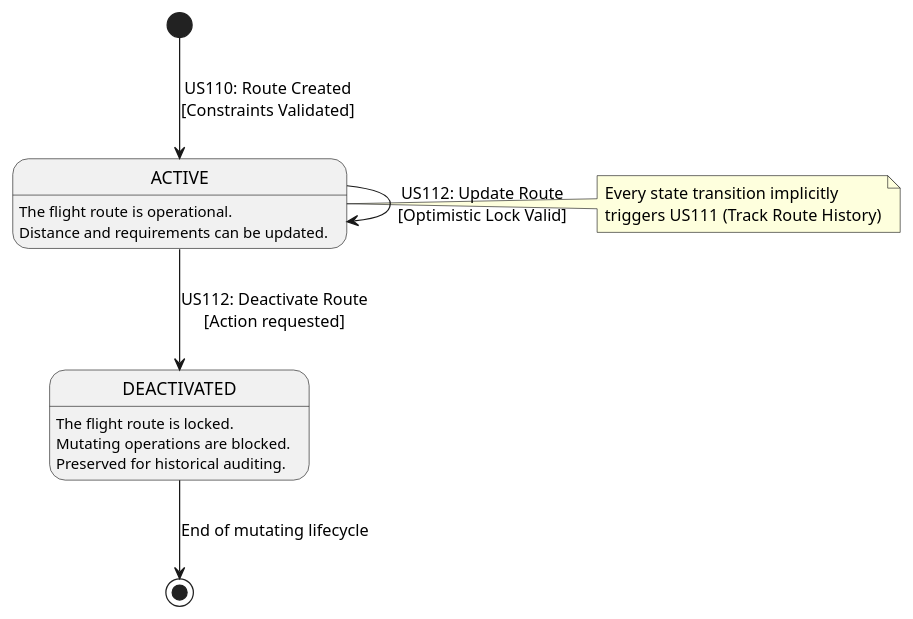
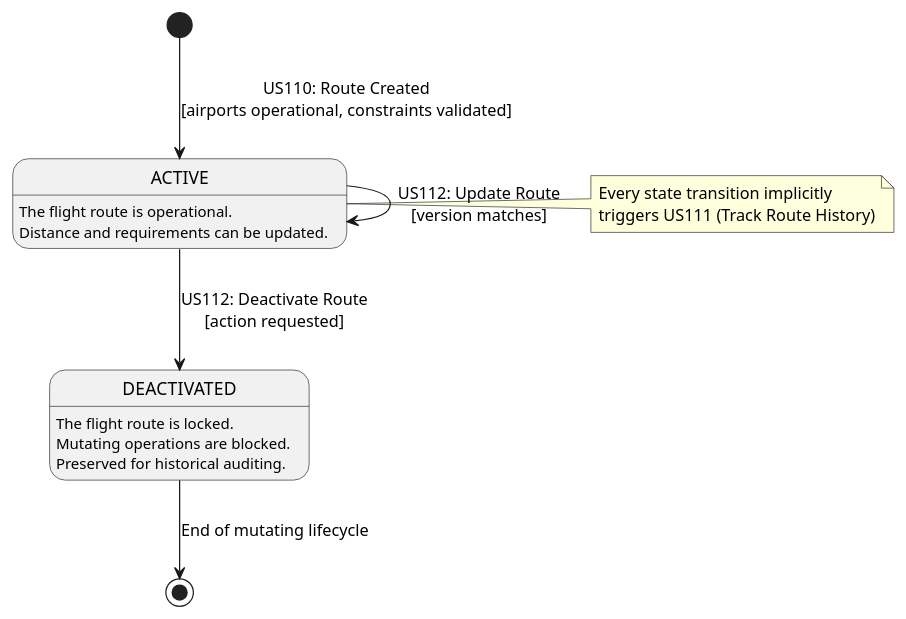
The diagram in docs/use-cases/WP#3A/puml/WP#3A-SMD.puml (Andre-1240567/psoft2026_2DB_1240567_1241013_1240624), drawn with PlantUML before and after one commit. The commit also changed 34 other files, not shown here.

```diff
--- a/docs/use-cases/WP#3A/puml/WP#3A-SMD.puml
+++ b/docs/use-cases/WP#3A/puml/WP#3A-SMD.puml
@@ -1,27 +1,27 @@
 @startuml
 hide empty description
 
-[*] --> ACTIVE : US110: Route Created\n[Constraints Validated]
+[*] --> ACTIVE : US110: Route Created\n[airports operational, constraints validated]
 
 state ACTIVE {
   ACTIVE : The flight route is operational.
   ACTIVE : Distance and requirements can be updated.
 }
 
 state DEACTIVATED {
   DEACTIVATED : The flight route is locked.
   DEACTIVATED : Mutating operations are blocked.
   DEACTIVATED : Preserved for historical auditing.
 }
 
-ACTIVE --> ACTIVE : US112: Update Route\n[Optimistic Lock Valid]
-ACTIVE --> DEACTIVATED : US112: Deactivate Route\n[Action requested]
+ACTIVE --> ACTIVE : US112: Update Route\n[version matches]
+ACTIVE --> DEACTIVATED : US112: Deactivate Route\n[action requested]
 
 DEACTIVATED --> [*] : End of mutating lifecycle
 
 note right of ACTIVE
   Every state transition implicitly
   triggers US111 (Track Route History)
 end note
 
 @enduml
```
